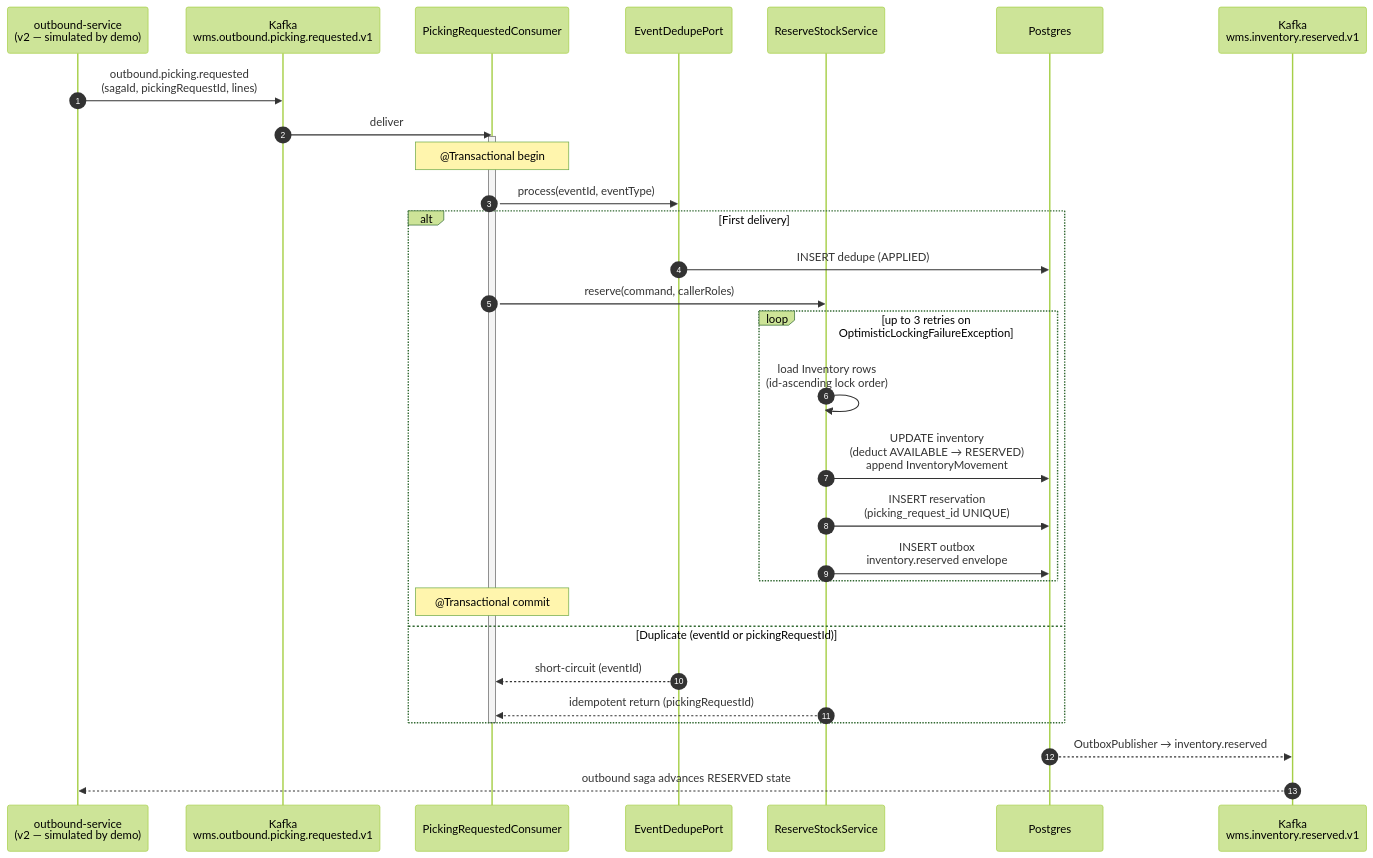
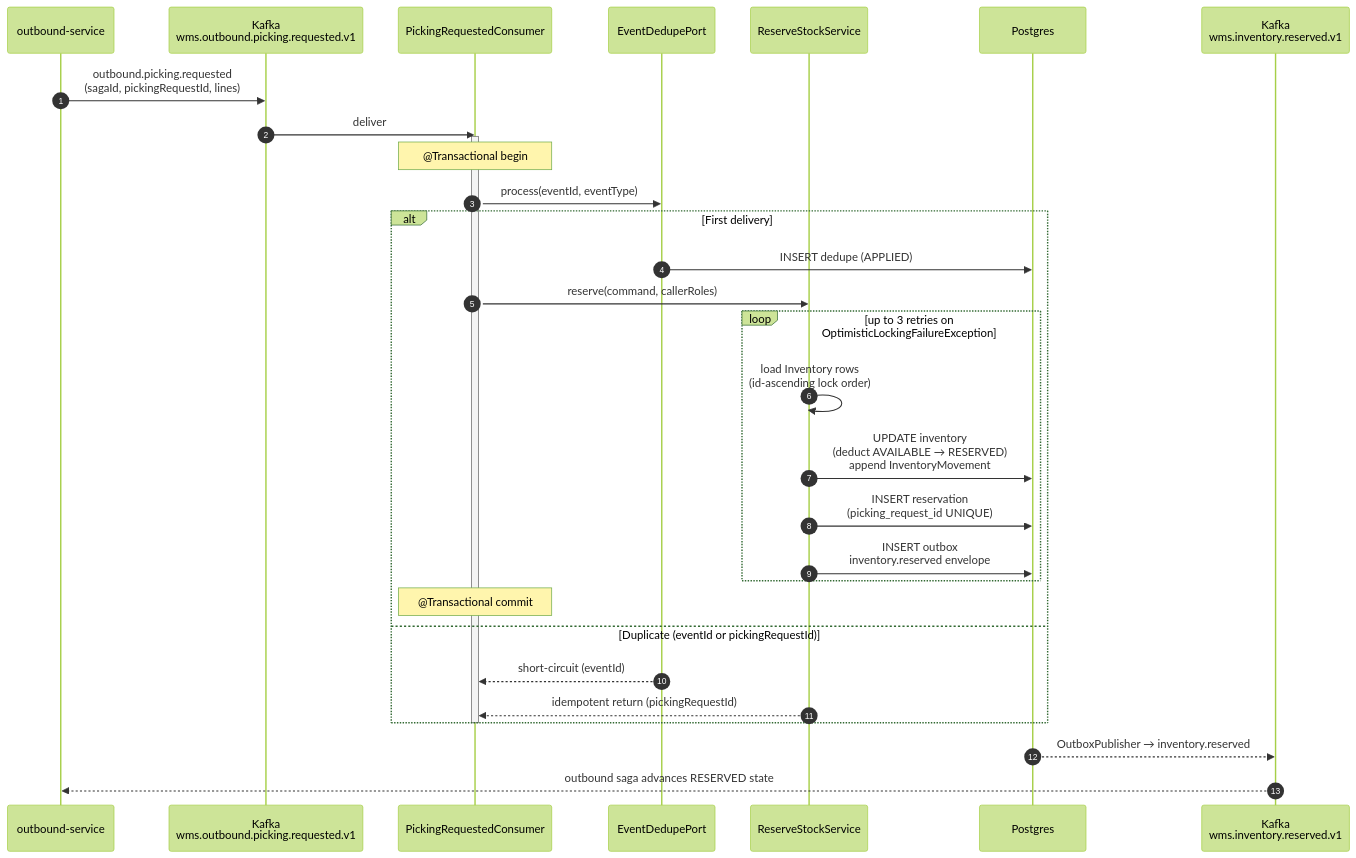
One commit to kanggle/monorepo-lab changed the third of 5 diagrams in projects/wms-platform/README.md. Above: the diagram before and after it, drawn with Mermaid (forest theme). The commit also changed other lines of this file and 7 other files, not shown here.

````diff
--- a/projects/wms-platform/README.md
+++ b/projects/wms-platform/README.md
@@ -151,35 +176,35 @@
 ```mermaid
 sequenceDiagram
     autonumber
-    participant OB as outbound-service<br/>(v2 — simulated by demo)
+    participant OB as outbound-service
     participant K as Kafka<br/>wms.outbound.picking.requested.v1
     participant C as PickingRequestedConsumer
     participant ED as EventDedupePort
     participant S as ReserveStockService
     participant PG as Postgres
     participant K2 as Kafka<br/>wms.inventory.reserved.v1
 
     OB->>K: outbound.picking.requested<br/>(sagaId, pickingRequestId, lines)
     K->>C: deliver
     activate C
     Note over C: @Transactional begin
     C->>ED: process(eventId, eventType)
     alt First delivery
         ED->>PG: INSERT dedupe (APPLIED)
         C->>S: reserve(command, callerRoles)
         loop up to 3 retries on OptimisticLockingFailureException
             S->>S: load Inventory rows<br/>(id-ascending lock order)
             S->>PG: UPDATE inventory<br/>(deduct AVAILABLE → RESERVED)<br/>append InventoryMovement
             S->>PG: INSERT reservation<br/>(picking_request_id UNIQUE)
             S->>PG: INSERT outbox<br/>inventory.reserved envelope
         end
         Note over C: @Transactional commit
     else Duplicate (eventId or pickingRequestId)
         ED-->>C: short-circuit (eventId)
         S-->>C: idempotent return (pickingRequestId)
     end
     deactivate C
 
     PG-->>K2: OutboxPublisher → inventory.reserved
     K2-->>OB: outbound saga advances RESERVED state
 ```
````
